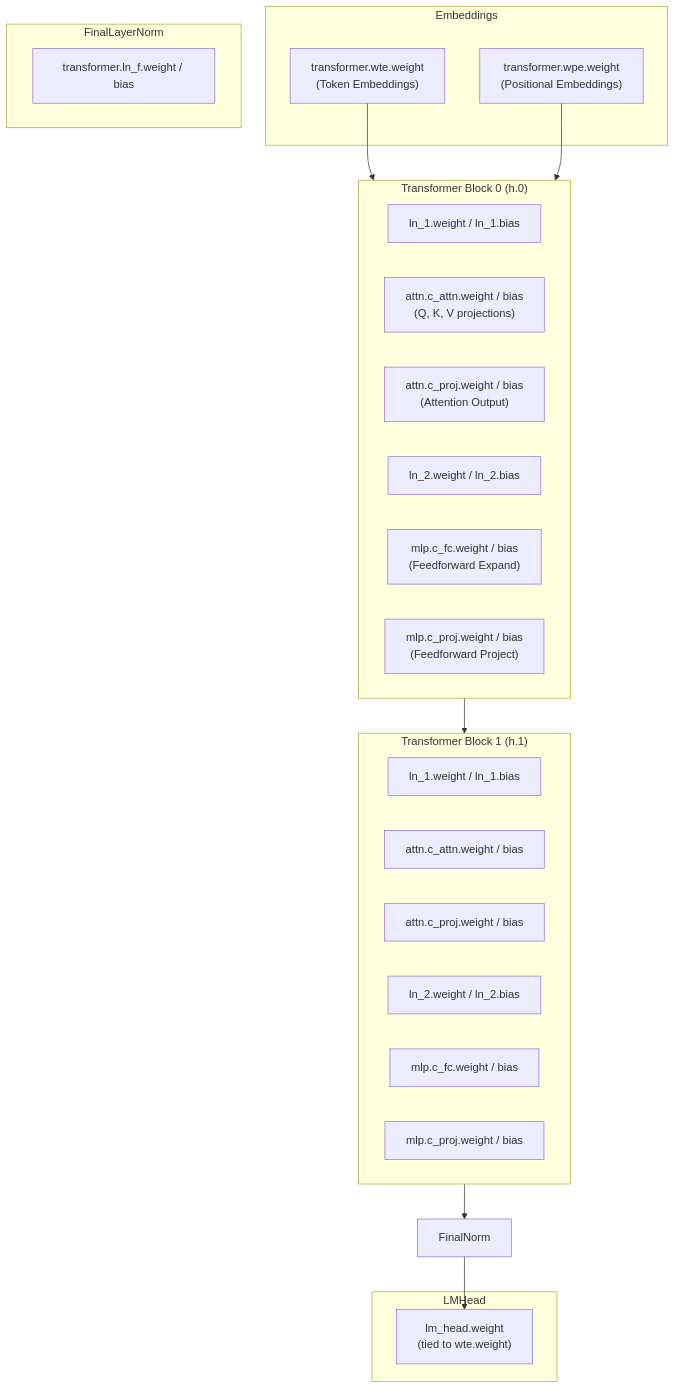
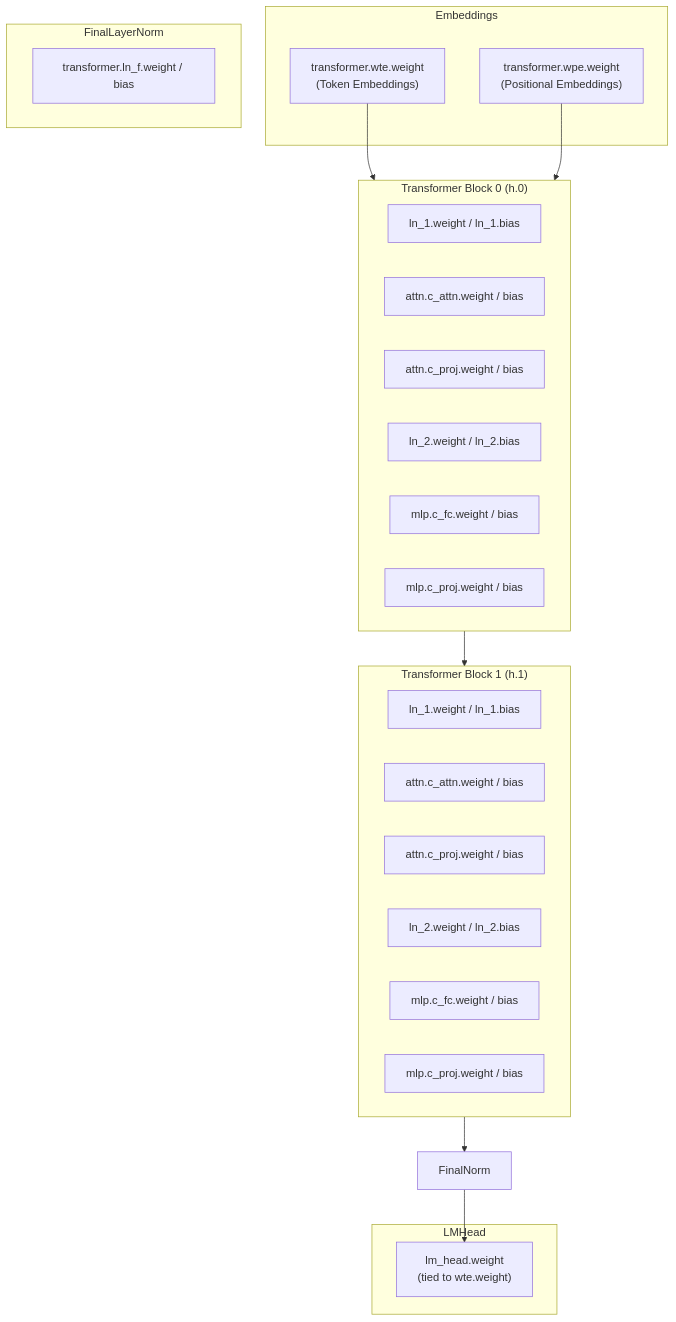
Before and after one commit to kamalbowselvam/llm-inference-engine: the diagram in README.md, drawn with Mermaid.

````diff
--- a/README.md
+++ b/README.md
@@ -3,43 +3,43 @@
 ```mermaid
 flowchart TD
 
     subgraph Embeddings
         WTE["transformer.wte.weight\n(Token Embeddings)"]
         WPE["transformer.wpe.weight\n(Positional Embeddings)"]
     end
 
     WTE --> Block0
     WPE --> Block0
 
     subgraph Block0["Transformer Block 0 (h.0)"]
         LN1_0["ln_1.weight / ln_1.bias"]
-        ATTQKV_0["attn.c_attn.weight / bias\n(Q, K, V projections)"]
-        ATTOUT_0["attn.c_proj.weight / bias\n(Attention Output)"]
+        ATTQKV_0["attn.c_attn.weight / bias"]
+        ATTOUT_0["attn.c_proj.weight / bias"]
         LN2_0["ln_2.weight / ln_2.bias"]
-        MLPFC_0["mlp.c_fc.weight / bias\n(Feedforward Expand)"]
-        MLPPROJ_0["mlp.c_proj.weight / bias\n(Feedforward Project)"]
+        MLPFC_0["mlp.c_fc.weight / bias"]
+        MLPPROJ_0["mlp.c_proj.weight / bias"]
     end
 
     Block0 --> Block1
 
     subgraph Block1["Transformer Block 1 (h.1)"]
         LN1_1["ln_1.weight / ln_1.bias"]
         ATTQKV_1["attn.c_attn.weight / bias"]
         ATTOUT_1["attn.c_proj.weight / bias"]
         LN2_1["ln_2.weight / ln_2.bias"]
         MLPFC_1["mlp.c_fc.weight / bias"]
         MLPPROJ_1["mlp.c_proj.weight / bias"]
     end
 
     Block1 --> FinalNorm
 
     subgraph FinalLayerNorm
         LNFinal["transformer.ln_f.weight / bias"]
     end
 
     FinalNorm --> LMHeadNode
 
     subgraph LMHead
         LMHeadNode["lm_head.weight\n(tied to wte.weight)"]
     end
 ```
````
